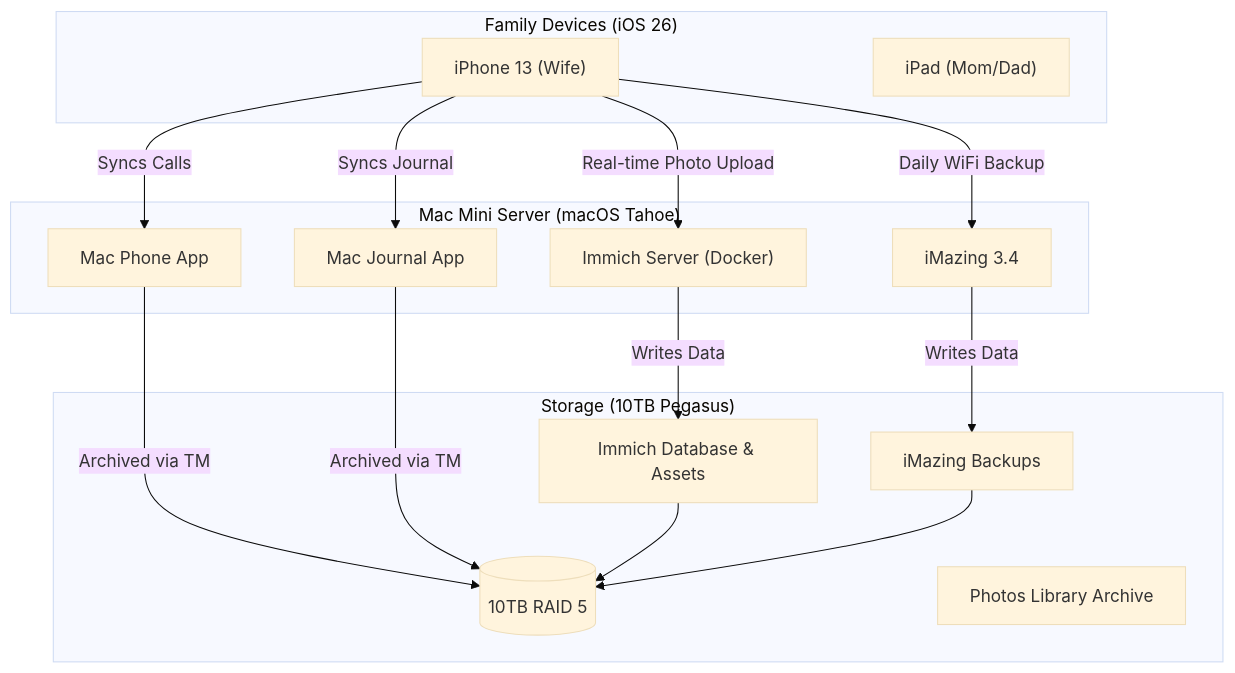
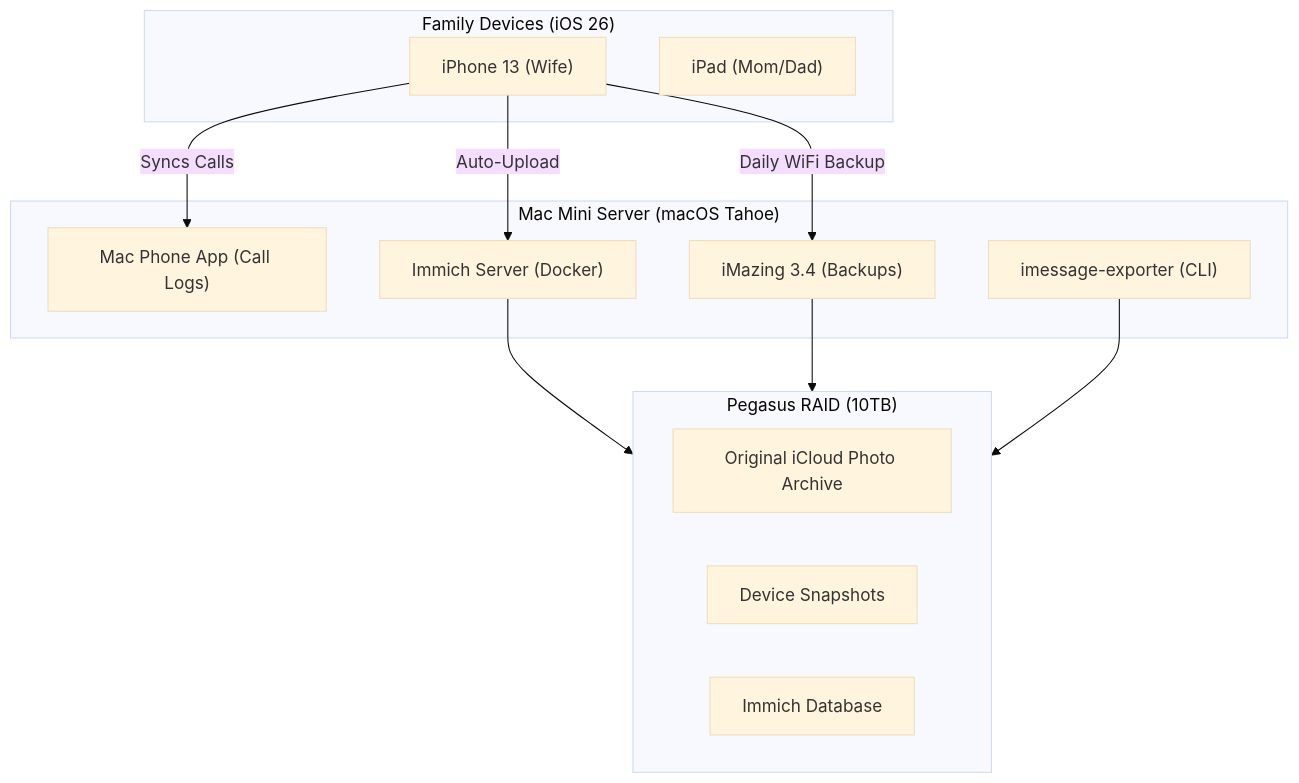
One commit to hunnidnet/icloud_migration changed the diagram in README.md. Above: the diagram before and after it, drawn with Mermaid (base theme). The commit also changed other lines of this file, not shown here.

`````diff
--- a/README.md
+++ b/README.md
@@ -13,34 +23,28 @@
 ```mermaid
 graph TD
-    subgraph FamilyDevices["Family Devices (iOS 26)"]
+    subgraph Family["Family Devices (iOS 26)"]
         iPhone["iPhone 13 (Wife)"]
         iPad["iPad (Mom/Dad)"]
     end
 
-    subgraph MacMini["Mac Mini Server (macOS Tahoe)"]
-        PhoneApp["Mac Phone App"]
-        JournalApp["Mac Journal App"]
-        iMazing["iMazing 3.4"]
+    subgraph Server["Mac Mini Server (macOS Tahoe)"]
+        PhoneApp["Mac Phone App (Call Logs)"]
+        iMazing["iMazing 3.4 (Backups)"]
         Immich["Immich Server (Docker)"]
+        MsgExport["imessage-exporter (CLI)"]
     end
 
-    subgraph Storage["Storage (10TB Pegasus)"]
-        RAID[("10TB RAID 5")]
-        PhotoLib["Photos Library Archive"]
-        iMazingBack["iMazing Backups"]
-        ImmichDB["Immich Database & Assets"]
+    subgraph Storage["Pegasus RAID (10TB)"]
+        PhotoArch["Original iCloud Photo Archive"]
+        iMazingDB["Device Snapshots"]
+        ImmichDB["Immich Database"]
     end
 
+    iPhone -->|Auto-Upload| Immich
+    iPhone -->|Daily WiFi Backup| iMazing
     iPhone -->|Syncs Calls| PhoneApp
-    iPhone -->|Syncs Journal| JournalApp
-    iPhone -->|Daily WiFi Backup| iMazing
-    iPhone -->|Real-time Photo Upload| Immich
     
-    Immich -->|Writes Data| ImmichDB
-    iMazing -->|Writes Data| iMazingBack
-    PhoneApp -->|Archived via TM| RAID
-    JournalApp -->|Archived via TM| RAID
-    
-    ImmichDB --> RAID
-    iMazingBack --> RAID
-```
+    Immich --> Storage
+    iMazing --> Storage
+    MsgExport --> Storage
+````
`````
